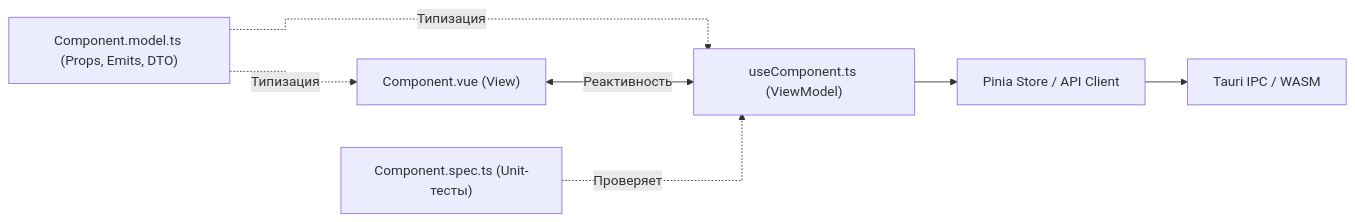
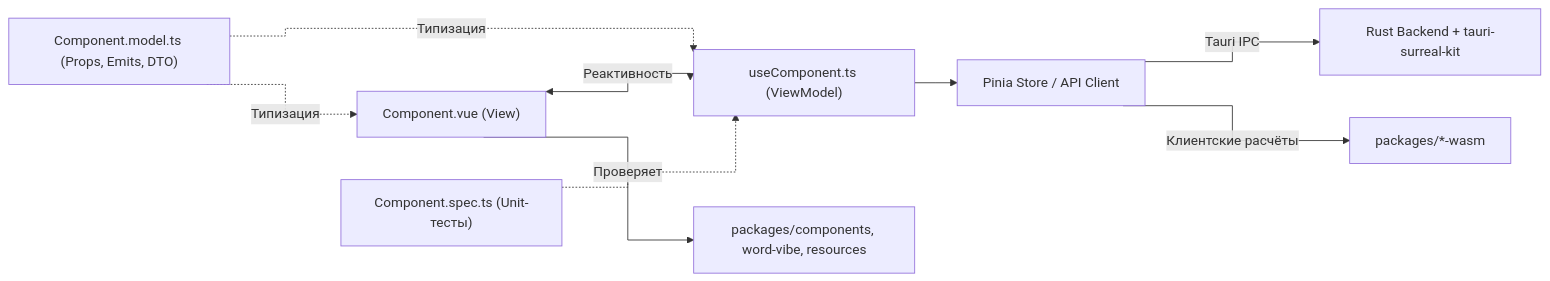
Before and after one commit to nagisokyn-prog/WorldWiki: the third of 3 diagrams in docs/coursework/03_Проектно_конструкторская_часть/3.4_Разработка_архитектуры_приложения.md, drawn with Mermaid. The commit also changed other lines of this file and 7 other files, not shown here.

````diff
--- a/docs/coursework/03_Проектно_конструкторская_часть/3.4_Разработка_архитектуры_приложения.md
+++ b/docs/coursework/03_Проектно_конструкторская_часть/3.4_Разработка_архитектуры_приложения.md
@@ -86,9 +95,12 @@
 ```mermaid
 %%{init: {'flowchart': {'curve': 'stepAfter'}}}%%
 flowchart LR
     MODEL["Component.model.ts (Props, Emits, DTO)"] -.->|"Типизация"| VIEW
     MODEL -.->|"Типизация"| VM
     VIEW["Component.vue (View)"] <-->|"Реактивность"| VM["useComponent.ts (ViewModel)"]
     SPEC["Component.spec.ts (Unit-тесты)"] -.->|"Проверяет"| VM
-    VM --> STORE["Pinia Store / API Client"] --> BRIDGE["Tauri IPC / WASM"]
+    VM --> STORE["Pinia Store / API Client"]
+    STORE -->|"Tauri IPC"| BACKEND["Rust Backend + tauri-surreal-kit"]
+    STORE -->|"Клиентские расчёты"| PKGS_WASM["packages/*-wasm"]
+    VIEW --> PKGS_UI["packages/components, word-vibe, resources"]
 ```
````
